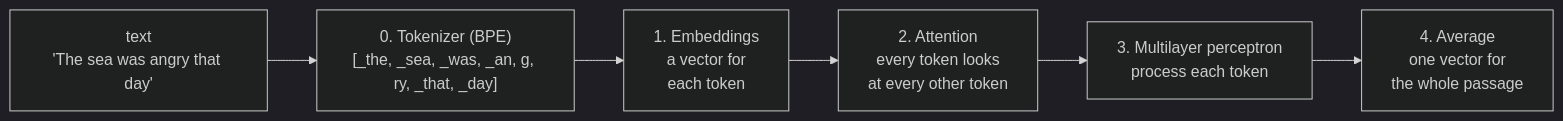
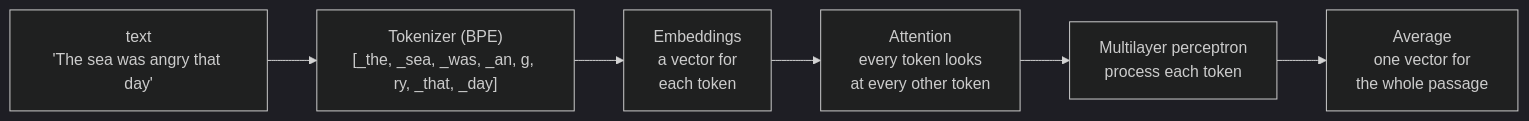
Before and after one commit to Programming-from-A-to-Z/TeenyTinyEmbedder.js: the diagram in README.md, drawn with Mermaid (dark theme). The commit also changed other lines of this file, not shown here.

````diff
--- a/README.md
+++ b/README.md
@@ -7,8 +7,8 @@
 ```mermaid
 flowchart LR
-  A["text<br/>'The sea was angry that day'"] --> B["0. Tokenizer (BPE)<br/>[_the, _sea, _was, _an, g, ry, _that, _day]"]
-  B --> C["1. Embeddings<br/>a vector for<br/>each token"]
-  C --> D["2. Attention<br/>every token looks<br/>at every other token"]
-  D --> E["3. Multilayer perceptron<br/>process each token"]
-  E --> F["4. Average<br/>one vector for<br/>the whole passage"]
+  A["text<br/>'The sea was angry that day'"] --> B["Tokenizer (BPE)<br/>[_the, _sea, _was, _an, g, ry, _that, _day]"]
+  B --> C["Embeddings<br/>a vector for<br/>each token"]
+  C --> D["Attention<br/>every token looks<br/>at every other token"]
+  D --> E["Multilayer perceptron<br/>process each token"]
+  E --> F["Average<br/>one vector for<br/>the whole passage"]
 ```
````
